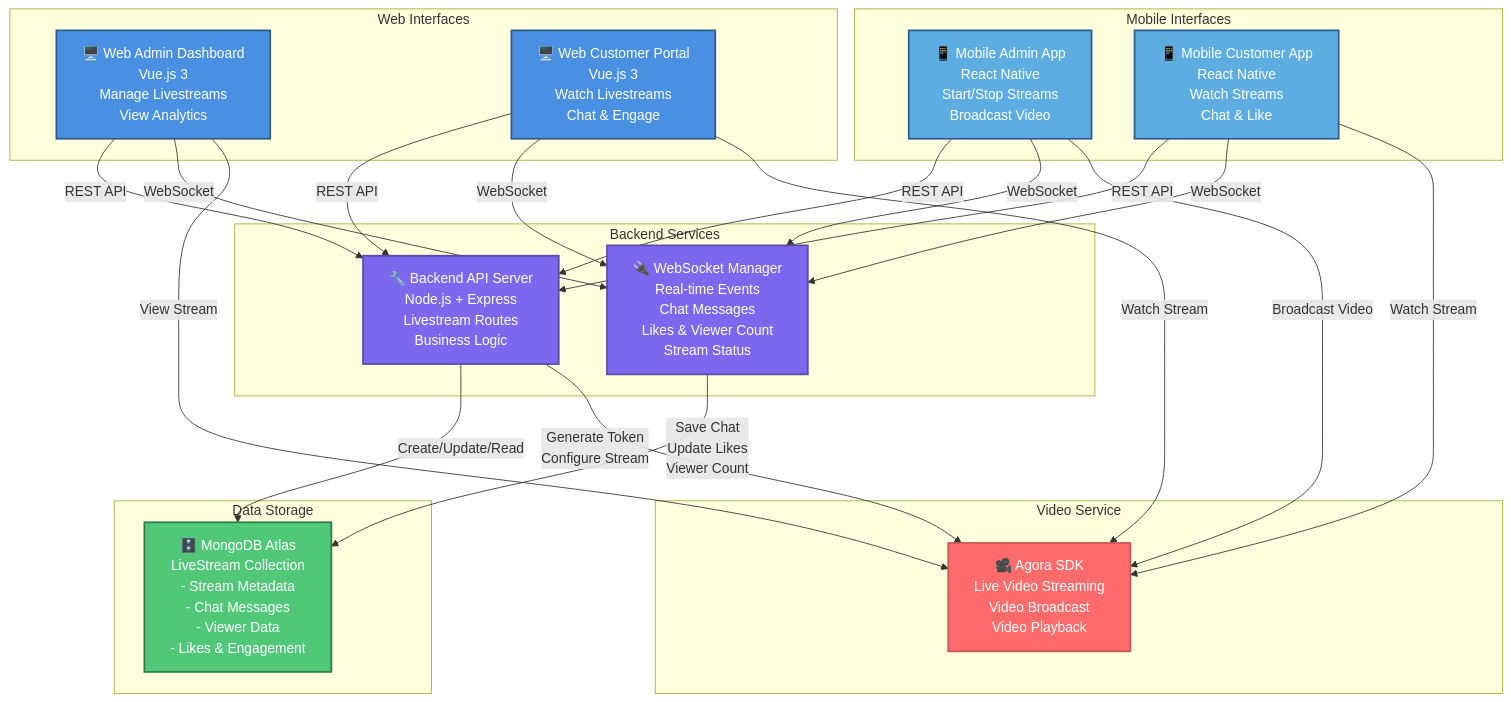
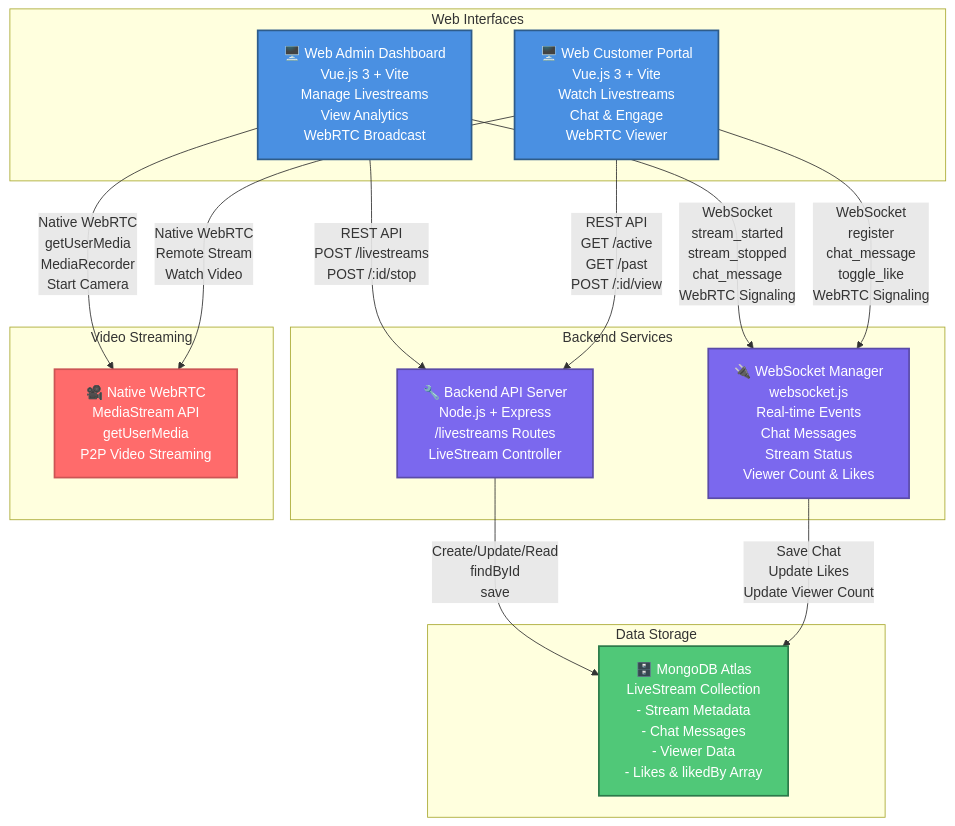
The first of 2 diagrams in LIVESTREAM_CONTAINER_DIAGRAM.md (Truc4p/final-year-project), drawn with Mermaid before and after one commit. The commit also changed other lines of this file and 1 other file, not shown here.

````diff
--- a/LIVESTREAM_CONTAINER_DIAGRAM.md
+++ b/LIVESTREAM_CONTAINER_DIAGRAM.md
@@ -5,65 +5,45 @@
 ```mermaid
 graph TB
     subgraph "Web Interfaces"
-        WEB_ADMIN["🖥️ Web Admin Dashboard<br/>Vue.js 3<br/>Manage Livestreams<br/>View Analytics"]
-        WEB_CUST["🖥️ Web Customer Portal<br/>Vue.js 3<br/>Watch Livestreams<br/>Chat & Engage"]
-    end
-
-    subgraph "Mobile Interfaces"
-        MOBILE_ADMIN["📱 Mobile Admin App<br/>React Native<br/>Start/Stop Streams<br/>Broadcast Video"]
-        MOBILE_CUST["📱 Mobile Customer App<br/>React Native<br/>Watch Streams<br/>Chat & Like"]
+        WEB_ADMIN["🖥️ Web Admin Dashboard<br/>Vue.js 3 + Vite<br/>Manage Livestreams<br/>View Analytics<br/>WebRTC Broadcast"]
+        WEB_CUST["🖥️ Web Customer Portal<br/>Vue.js 3 + Vite<br/>Watch Livestreams<br/>Chat & Engage<br/>WebRTC Viewer"]
     end
 
     subgraph "Backend Services"
-        API["🔧 Backend API Server<br/>Node.js + Express<br/>Livestream Routes<br/>Business Logic"]
-        WS["🔌 WebSocket Manager<br/>Real-time Events<br/>Chat Messages<br/>Likes & Viewer Count<br/>Stream Status"]
+        API["🔧 Backend API Server<br/>Node.js + Express<br/>/livestreams Routes<br/>LiveStream Controller"]
+        WS["🔌 WebSocket Manager<br/>websocket.js<br/>Real-time Events<br/>Chat Messages<br/>Stream Status<br/>Viewer Count & Likes"]
     end
 
     subgraph "Data Storage"
-        MONGO["🗄️ MongoDB Atlas<br/>LiveStream Collection<br/>- Stream Metadata<br/>- Chat Messages<br/>- Viewer Data<br/>- Likes & Engagement"]
+        MONGO["🗄️ MongoDB Atlas<br/>LiveStream Collection<br/>- Stream Metadata<br/>- Chat Messages<br/>- Viewer Data<br/>- Likes & likedBy Array"]
     end
 
-    subgraph "Video Service"
-        AGORA["🎥 Agora SDK<br/>Live Video Streaming<br/>Video Broadcast<br/>Video Playback"]
+    subgraph "Video Streaming"
+        WEBRTC["🎥 Native WebRTC<br/>MediaStream API<br/>getUserMedia<br/>P2P Video Streaming"]
     end
 
     %% Web Admin Connections
-    WEB_ADMIN -->|REST API| API
-    WEB_ADMIN -->|WebSocket| WS
-    WEB_ADMIN -->|View Stream| AGORA
+    WEB_ADMIN -->|REST API<br/>POST /livestreams<br/>POST /:id/stop| API
+    WEB_ADMIN -->|WebSocket<br/>stream_started<br/>stream_stopped<br/>chat_message<br/>WebRTC Signaling| WS
+    WEB_ADMIN -->|Native WebRTC<br/>getUserMedia<br/>MediaRecorder<br/>Start Camera| WEBRTC
 
     %% Web Customer Connections
-    WEB_CUST -->|REST API| API
-    WEB_CUST -->|WebSocket| WS
-    WEB_CUST -->|Watch Stream| AGORA
-
-    %% Mobile Admin Connections
-    MOBILE_ADMIN -->|REST API| API
-    MOBILE_ADMIN -->|WebSocket| WS
-    MOBILE_ADMIN -->|Broadcast Video| AGORA
-
-    %% Mobile Customer Connections
-    MOBILE_CUST -->|REST API| API
-    MOBILE_CUST -->|WebSocket| WS
-    MOBILE_CUST -->|Watch Stream| AGORA
+    WEB_CUST -->|REST API<br/>GET /active<br/>GET /past<br/>POST /:id/view| API
+    WEB_CUST -->|WebSocket<br/>register<br/>chat_message<br/>toggle_like<br/>WebRTC Signaling| WS
+    WEB_CUST -->|Native WebRTC<br/>Remote Stream<br/>Watch Video| WEBRTC
 
     %% Backend to Data Storage
-    API -->|Create/Update/Read| MONGO
-    WS -->|Save Chat<br/>Update Likes<br/>Viewer Count| MONGO
-
-    %% Backend to Video Service
-    API -->|Generate Token<br/>Configure Stream| AGORA
+    API -->|Create/Update/Read<br/>findById<br/>save| MONGO
+    WS -->|Save Chat<br/>Update Likes<br/>Update Viewer Count| MONGO
 
     %% Styling
     classDef web fill:#4A90E2,stroke:#2E5C8A,stroke-width:2px,color:#fff
-    classDef mobile fill:#5DADE2,stroke:#2E5C8A,stroke-width:2px,color:#fff
     classDef backend fill:#7B68EE,stroke:#5A4BA8,stroke-width:2px,color:#fff
     classDef storage fill:#50C878,stroke:#2D7A4A,stroke-width:2px,color:#fff
     classDef video fill:#FF6B6B,stroke:#CC5555,stroke-width:2px,color:#fff
 
     class WEB_ADMIN,WEB_CUST web
-    class MOBILE_ADMIN,MOBILE_CUST mobile
     class API,WS backend
     class MONGO storage
-    class AGORA video
+    class WEBRTC video
 ```
````
